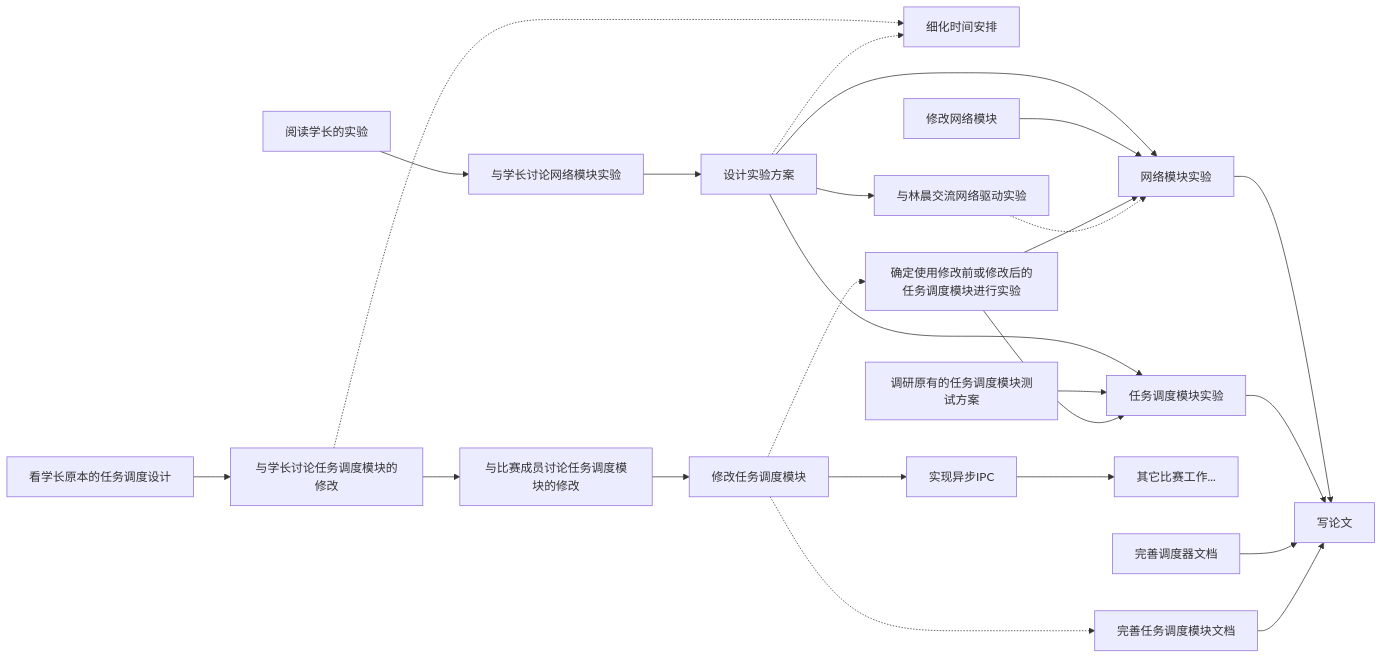
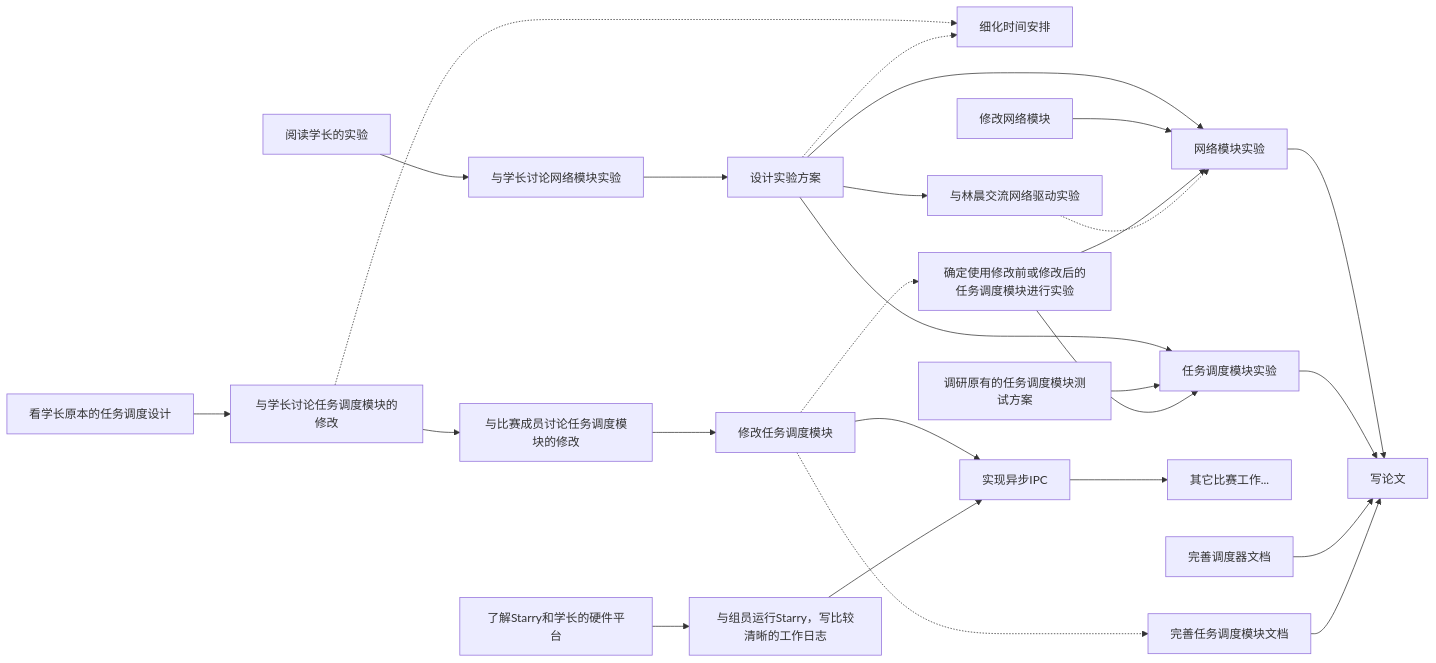
One commit to rosy233333/weekly-progress changed the diagram in 24.4.3~24.4.9/近期任务安排.md. Above: the diagram before and after it, drawn with Mermaid. The commit also changed other lines of this file and 1 other file, not shown here.

````diff
--- a/24.4.3~24.4.9/近期任务安排.md
+++ b/24.4.3~24.4.9/近期任务安排.md
@@ -7,37 +7,40 @@
 ```Mermaid
 flowchart LR
 1[细化时间安排]
 2[设计实验方案]
 3[阅读学长的实验]
 4[看学长原本的任务调度设计]
 5[修改任务调度模块]
 6[与学长讨论任务调度模块的修改]
 7[修改网络模块]
 8[网络模块实验]
 9[调研原有的任务调度模块测试方案]
 10[任务调度模块实验]
 11[与林晨交流网络驱动实验]
 12[写论文]
 13[与学长讨论网络模块实验]
 14[与比赛成员讨论任务调度模块的修改]
 15[实现异步IPC]
 16[其它比赛工作...]
 17[完善调度器文档]
 18[完善任务调度模块文档]
 19[确定使用修改前或修改后的任务调度模块进行实验]
+20[了解Starry和学长的硬件平台]
+21[与组员运行Starry，写比较清晰的工作日志]
 3 --> 13 --> 2 --> 8 --> 12
 2 --> 10 --> 12
 4 --> 6 --> 14 --> 5
 5 -.-> 19
 9 --> 10
 7 --> 8
 19 --> 8
 19 --> 10
 11 -.-> 8
 6 -.-> 1
 2 -.-> 1
 2 --> 11
 5 --> 15 --> 16
 17 --> 12
 5 -.-> 18 --> 12
+20 --> 21 --> 15
 ```
````
